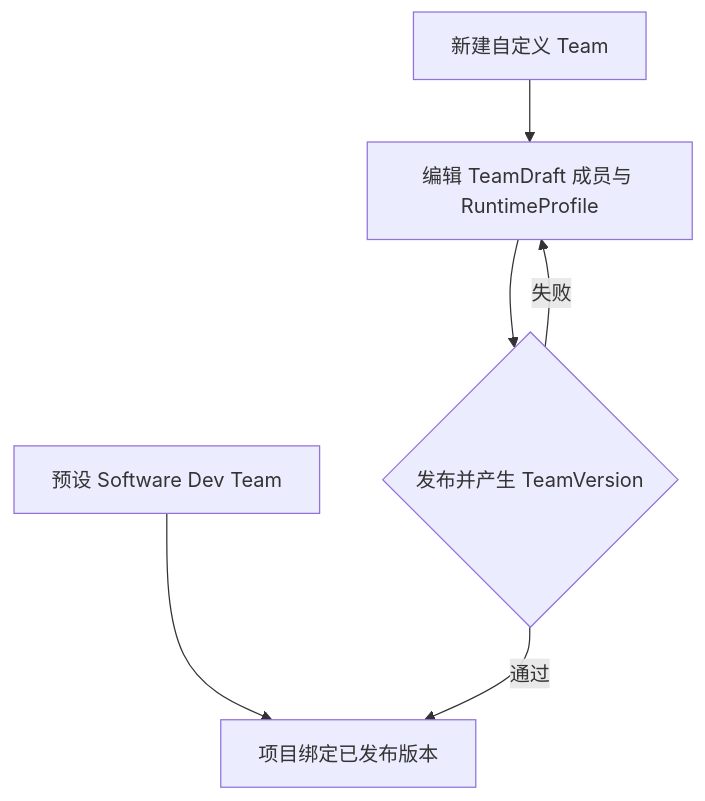
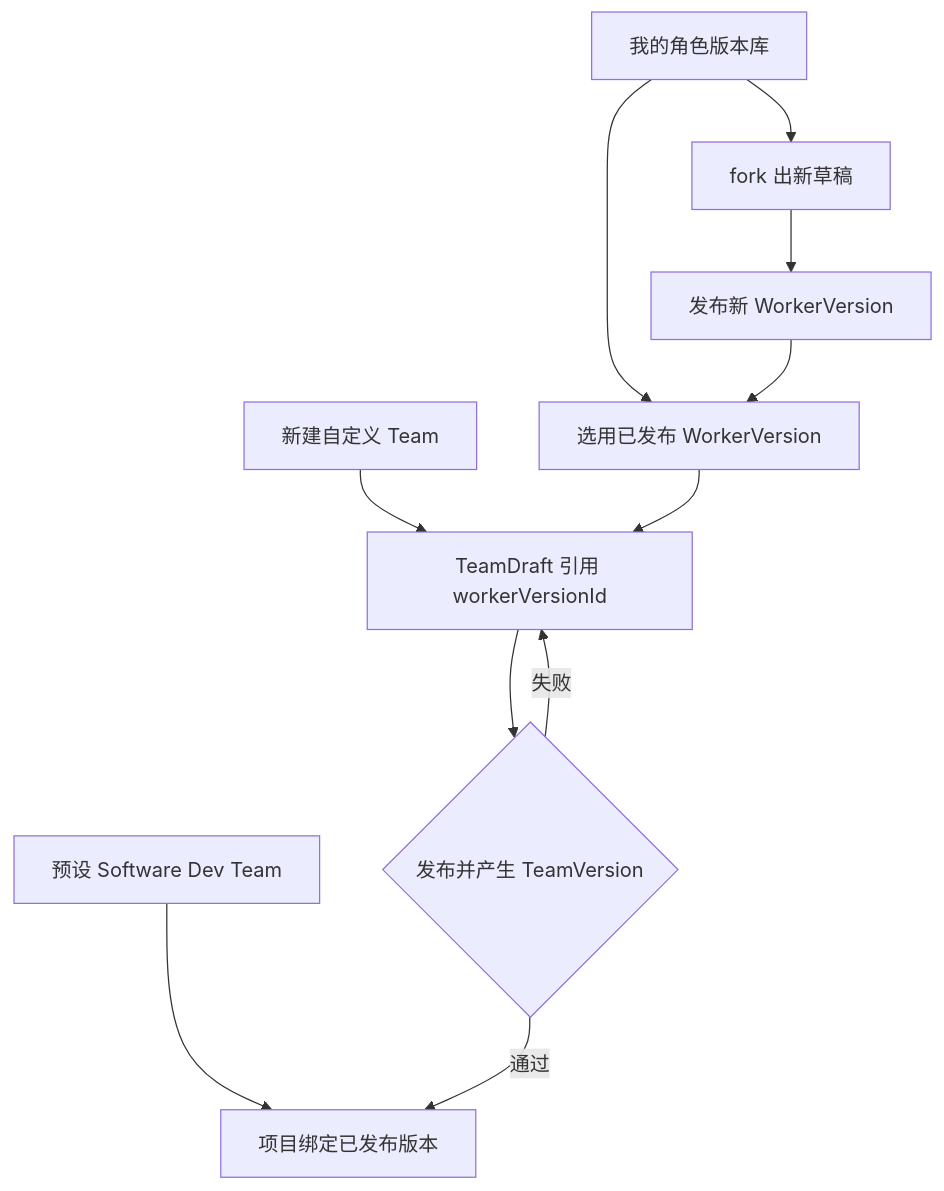
Before and after one commit to nicechencs/workforce: the eighth of 10 diagrams in docs/product-ui/02-core-user-flows.md, drawn with Mermaid. The commit also changed other lines of this file and 9 other files, not shown here.

````diff
--- a/docs/product-ui/02-core-user-flows.md
+++ b/docs/product-ui/02-core-user-flows.md
@@ -176,8 +178,13 @@
 ```mermaid
 flowchart TD
   Preset[预设 Software Dev Team] --> Use[项目绑定已发布版本]
-  New[新建自定义 Team] --> Draft[编辑 TeamDraft 成员与 RuntimeProfile]
+  Lib[我的角色版本库] --> Pick[选用已发布 WorkerVersion]
+  Lib --> Fork[fork 出新草稿]
+  Fork --> PublishWorker[发布新 WorkerVersion]
+  PublishWorker --> Pick
+  New[新建自定义 Team] --> Draft[TeamDraft 引用 workerVersionId]
+  Pick --> Draft
   Draft --> Pub{发布并产生 TeamVersion}
   Pub -->|通过| Use
   Pub -->|失败| Draft
 ```
````
